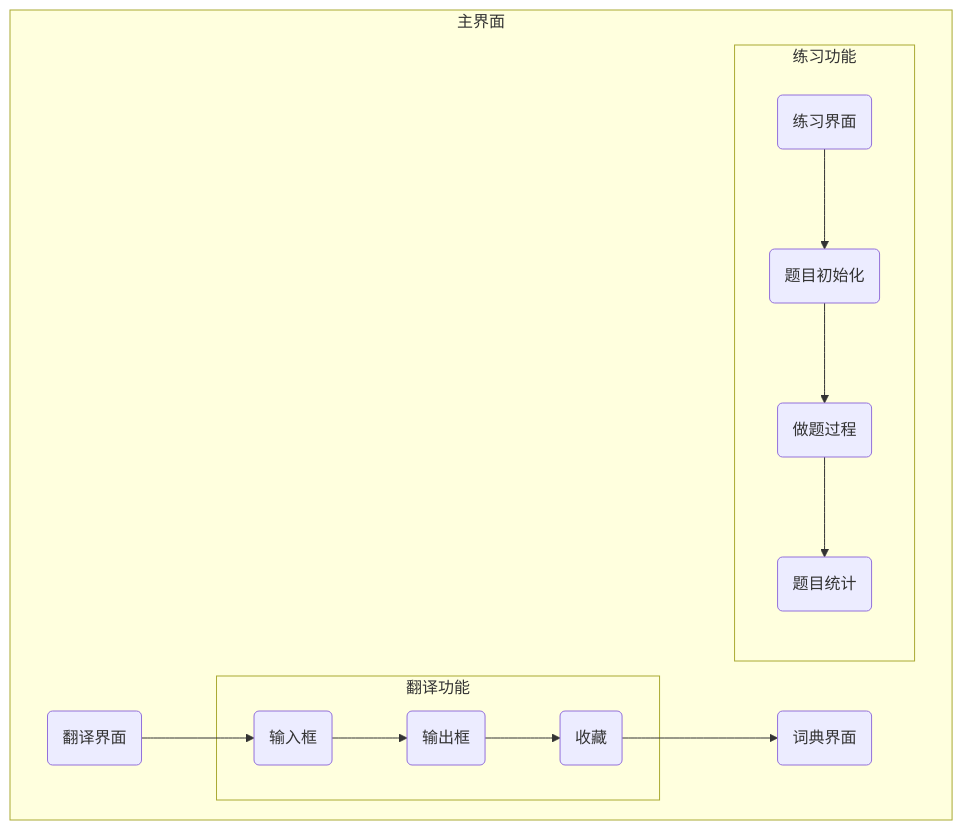
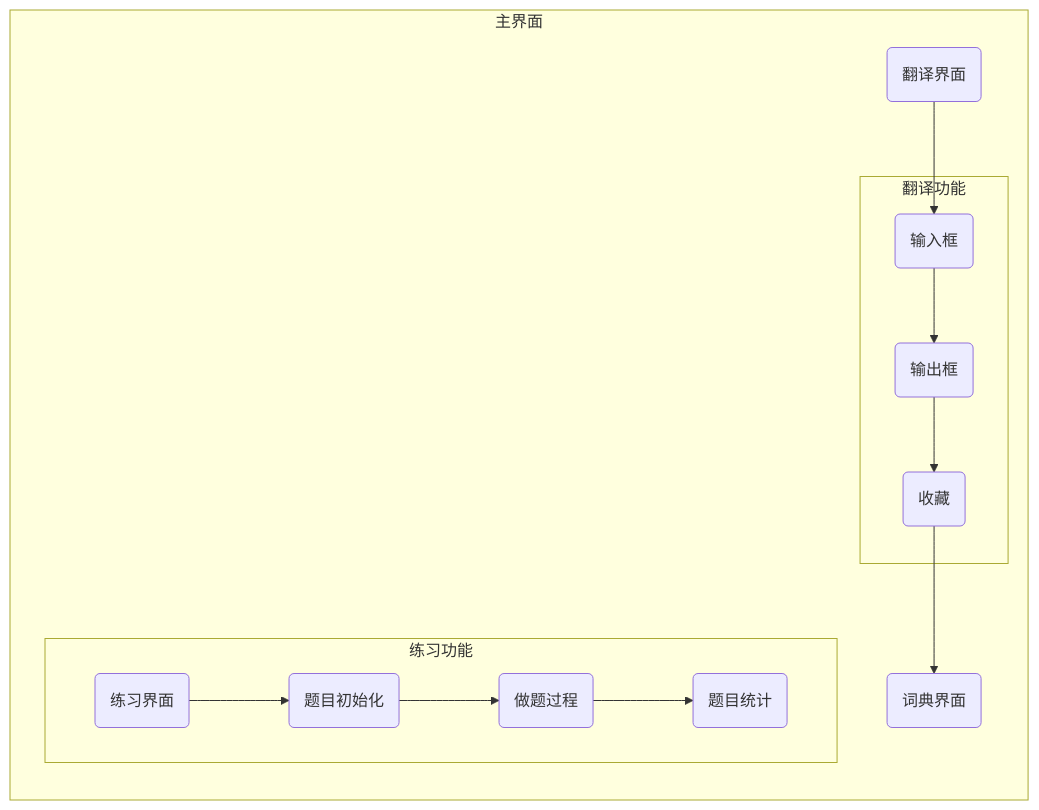
One commit to english-memory-word/demo-english-memory-word changed the eighth of 8 diagrams in 产品文档.md. Above: the diagram before and after it, drawn with Mermaid. The commit also changed other lines of this file and 1 other file, not shown here.

````diff
--- a/产品文档.md
+++ b/产品文档.md
@@ -109,24 +358,24 @@
 ```mermaid
-graph TD
+graph LR
 subgraph 主界面
 trans(翻译界面)
 dict(词典界面)
 prac(练习界面)
 	subgraph 翻译功能
 	input(输入框)
 	output(输出框)
 	favor(收藏)
 	end
 	
 	subgraph 练习功能
 	prac-->init(题目初始化)
 	init-->pro(做题过程)
 	pro-->result(题目统计)
 	end
 end
 
 trans-->input
 input-->output
 output-->favor
 favor-->dict
 ```
````
